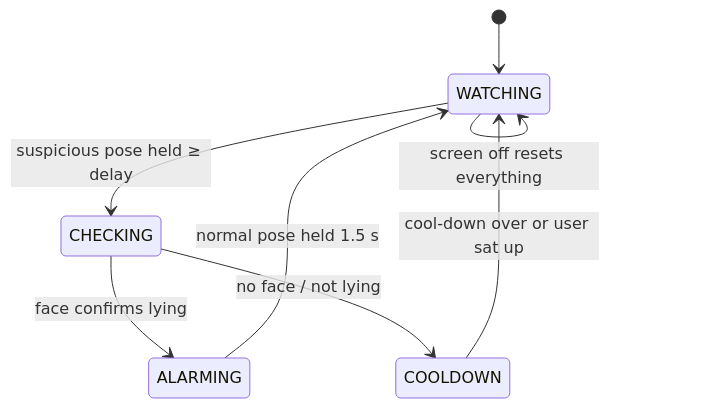
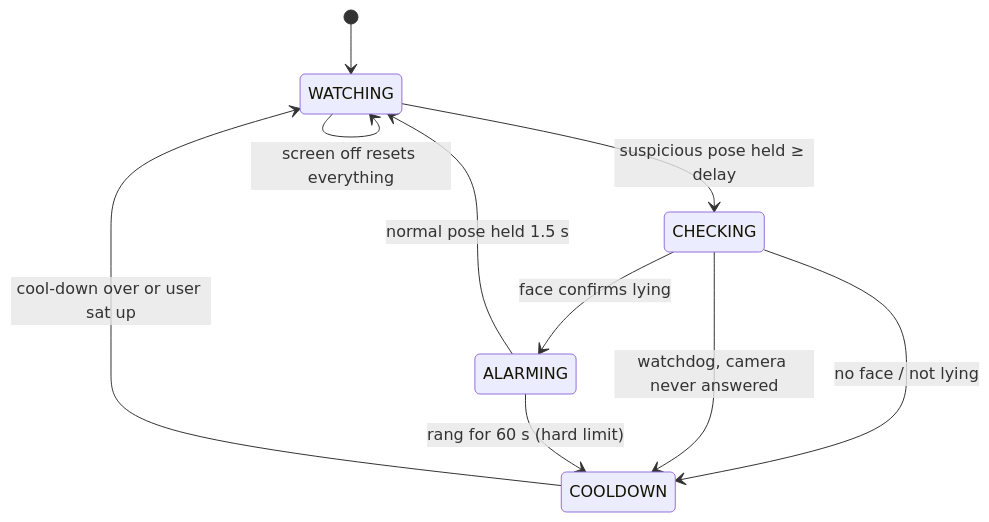
Before and after one commit to wisnujayaa-labs/rebahan-guard: the second of 2 diagrams in README.md, drawn with Mermaid. The commit also changed other lines of this file and 16 other files, not shown here.

````diff
--- a/README.md
+++ b/README.md
@@ -58,10 +58,12 @@
 ```mermaid
 stateDiagram-v2
     [*] --> WATCHING
     WATCHING --> CHECKING: suspicious pose held ≥ delay
     CHECKING --> ALARMING: face confirms lying
     CHECKING --> COOLDOWN: no face / not lying
+    CHECKING --> COOLDOWN: watchdog, camera never answered
     ALARMING --> WATCHING: normal pose held 1.5 s
+    ALARMING --> COOLDOWN: rang for 60 s (hard limit)
     COOLDOWN --> WATCHING: cool-down over or user sat up
     WATCHING --> WATCHING: screen off resets everything
 ```
````
